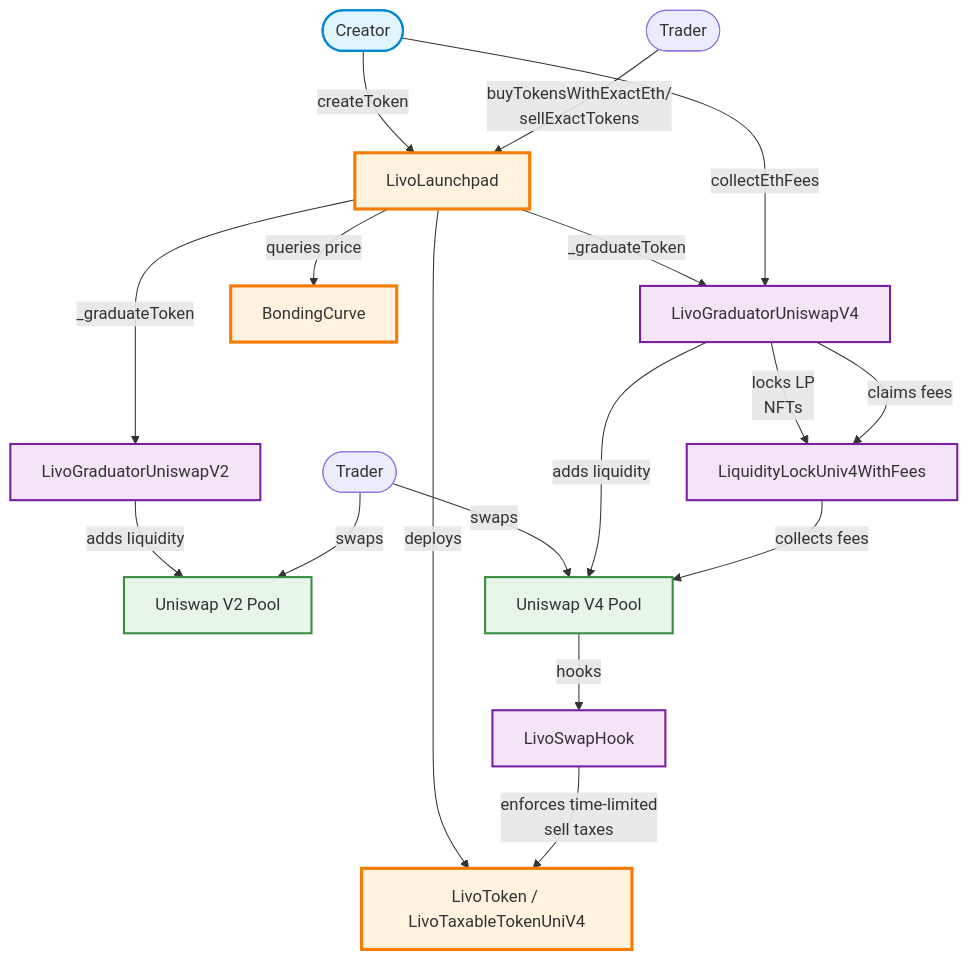
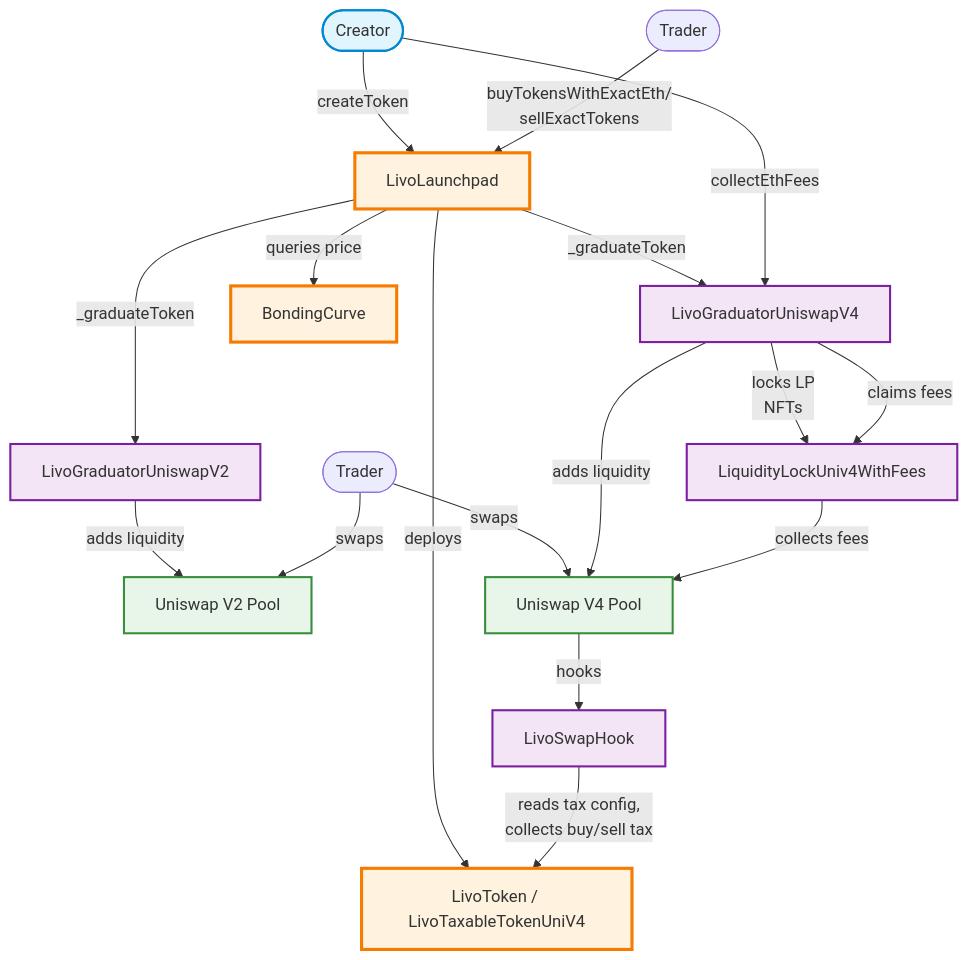
Before and after one commit to LivoLaunchpad/livo-contracts: the diagram in docs/livo-architecture.md, drawn with Mermaid. The commit also changed other lines of this file and 23 other files, not shown here.

First line of the commit message:
feat(taxes): replace deployer whitelist with charity-mode for extended tax durations

````diff
--- a/docs/livo-architecture.md
+++ b/docs/livo-architecture.md
@@ -7,64 +7,64 @@
 ```mermaid
 graph TB
     %% Actors
     Creator([Creator])
     TraderPre([Trader])
     TraderPost([Trader])
 
     %% Main Contracts
     Launchpad[LivoLaunchpad]
     Token[LivoToken / LivoTaxableTokenUniV4]
     GraduatorV2[LivoGraduatorUniswapV2]
     GraduatorV4[LivoGraduatorUniswapV4]
     SwapHook[LivoSwapHook]
     LiquidityLock[LiquidityLockUniv4WithFees]
 
     %% External Systems
     UniV2[Uniswap V2 Pool]
     UniV4[Uniswap V4 Pool]
 
     %% Token Creation Flow
     Creator -->|createToken| Launchpad
     Launchpad -->|deploys| Token
 
     %% Trading Flow (Pre-Graduation)
     TraderPre -->|buyTokensWithExactEth/
     sellExactTokens| Launchpad
     Launchpad -->|queries price| BondingCurve
 
     %% Graduation Flow - V2
     Launchpad -->|_graduateToken| GraduatorV2
     GraduatorV2 -->|adds liquidity| UniV2
 
     TraderPost -->|swaps| UniV4
 
     %% Graduation Flow - V4
     Launchpad -->|_graduateToken| GraduatorV4
     GraduatorV4 -->|adds liquidity| UniV4
     GraduatorV4 -->|locks LP
      NFTs| LiquidityLock
 
 
     %% Trading Flow (Post-Graduation)
     TraderPost -->|swaps| UniV2
 
     %% V4 Tax System
     UniV4 -->|hooks| SwapHook
-    SwapHook -->|enforces time-limited<br/>sell taxes| Token
+    SwapHook -->|reads tax config,<br/>collects buy/sell tax| Token
 
     %% Fee Collection (V4)
     Creator -->|collectEthFees| GraduatorV4
     GraduatorV4 -->|claims fees| LiquidityLock
     LiquidityLock -->|collects fees| UniV4
 
     %% Styling
     classDef actor fill:#e1f5ff,stroke:#0288d1,stroke-width:2px
     classDef core fill:#fff3e0,stroke:#f57c00,stroke-width:3px
     classDef graduator fill:#f3e5f5,stroke:#7b1fa2,stroke-width:2px
     classDef external fill:#e8f5e9,stroke:#388e3c,stroke-width:2px
 
     class Creator,Trader actor
     class Launchpad,Token,BondingCurve core
     class GraduatorV2,GraduatorV4,SwapHook,LiquidityLock graduator
     class UniV2,UniV4 external
 ```
````
